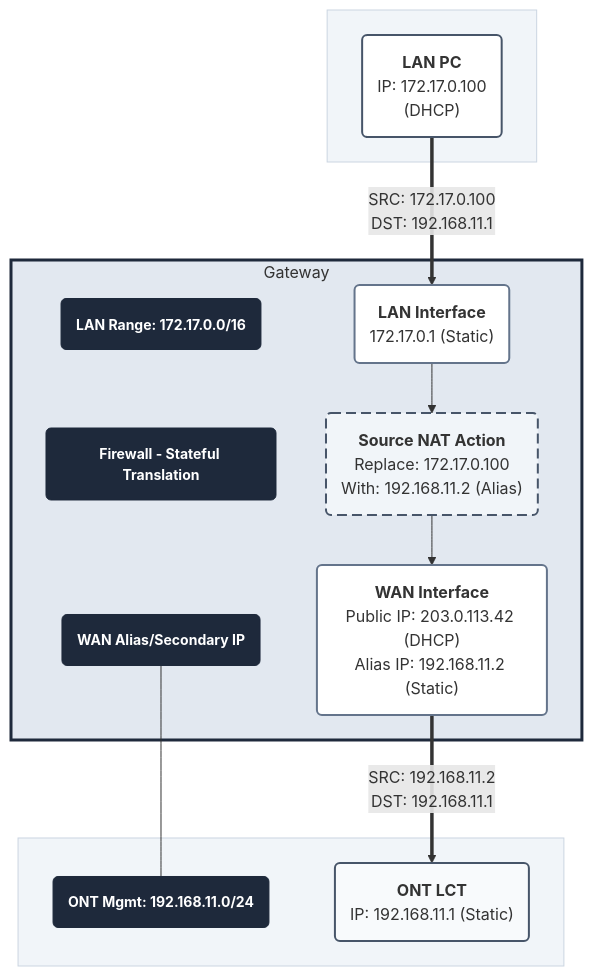
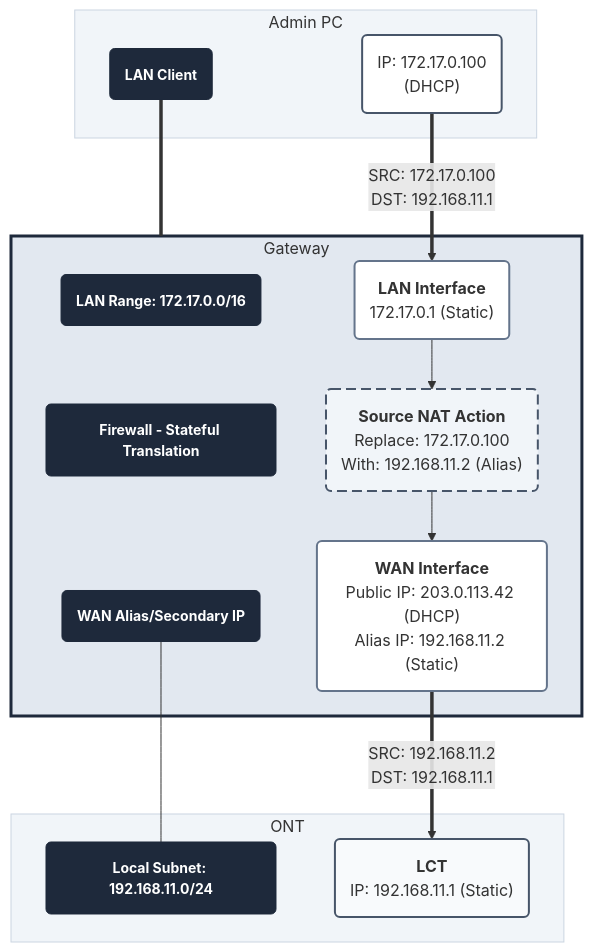
Before and after one commit to up-n-atom/8311: the second of 3 diagrams in docs/posts/accessing-the-ont.md, drawn with Mermaid. The commit also changed other lines of this file, not shown here.

Commit message:
post 19: equalize diagrams

````diff
--- a/docs/posts/accessing-the-ont.md
+++ b/docs/posts/accessing-the-ont.md
@@ -255,43 +255,46 @@
 ``` mermaid
 graph TD
   classDef lanNode fill:#fff,stroke:#475569,stroke-width:2px
   classDef interfaceNode fill:#fff,stroke:#64748b,stroke-width:2px
   classDef natNode fill:#f1f5f9,stroke:#475569,stroke-width:2px,stroke-dasharray: 10 5
   classDef titleNode fill:#1e293b,stroke:#1e293b,font-weight:bold,font-size:14px
   classDef ontNode fill:#f8fafc,stroke:#475569,stroke-width:2px
 
-  subgraph LAN_Group [" "]
-    PC("<b>LAN PC</b><br/>IP: 172.17.0.100<br/>(DHCP)"):::lanNode
+  subgraph LAN_Group ["Admin PC"]
+    PC_Title("<font color=white>LAN Client"):::titleNode
+    PC("IP: 172.17.0.100<br/>(DHCP)"):::lanNode
   end
 
   subgraph GW_Group ["Gateway"]
     L_Range("<font color=white>LAN Range: 172.17.0.0/16"):::titleNode
     G_Title("<font color=white>Firewall - Stateful Translation"):::titleNode
     W_Alias("<font color=white>WAN Alias/Secondary IP"):::titleNode
 
 
     L_IF("<b>LAN Interface</b><br/>172.17.0.1 (Static)"):::interfaceNode
     NAT("<b>Source NAT Action</b><br/>Replace: 172.17.0.100<br/>With: 192.168.11.2 (Alias)"):::natNode
     W_IF("<b>WAN Interface</b><br/>Public IP: 203.0.113.42 (DHCP)<br/>Alias IP: 192.168.11.2 (Static)"):::interfaceNode
 
     L_Range --- G_Title
     G_Title --- W_Alias
     L_IF --> NAT
     NAT --> W_IF
   end
 
-  subgraph ONT_Group [" "]
-    O_Range("<font color=white>ONT Mgmt: 192.168.11.0/24"):::titleNode
-    ONT("<b>ONT LCT</b><br/>IP: 192.168.11.1 (Static)"):::ontNode
+  subgraph ONT_Group ["ONT"]
+    O_Range("<font color=white>Local Subnet: 192.168.11.0/24"):::titleNode
+    ONT("<b>LCT</b><br/>IP: 192.168.11.1 (Static)"):::ontNode
   end
+
+  PC_Title === GW_Group
 
   PC ==>|SRC: 172.17.0.100<br/>DST: 192.168.11.1| L_IF
   W_IF ==>|SRC: 192.168.11.2<br/>DST: 192.168.11.1| ONT
   W_Alias --- O_Range
 
   linkStyle 0,1 stroke-width:0px;
 
   style LAN_Group fill:#f1f5f9,stroke:#cbd5e1,stroke-width:1px
   style GW_Group fill:#e2e8f0,stroke:#1e293b,stroke-width:3px
   style ONT_Group fill:#f1f5f9,stroke:#cbd5e1,stroke-width:1px
 ```
````
